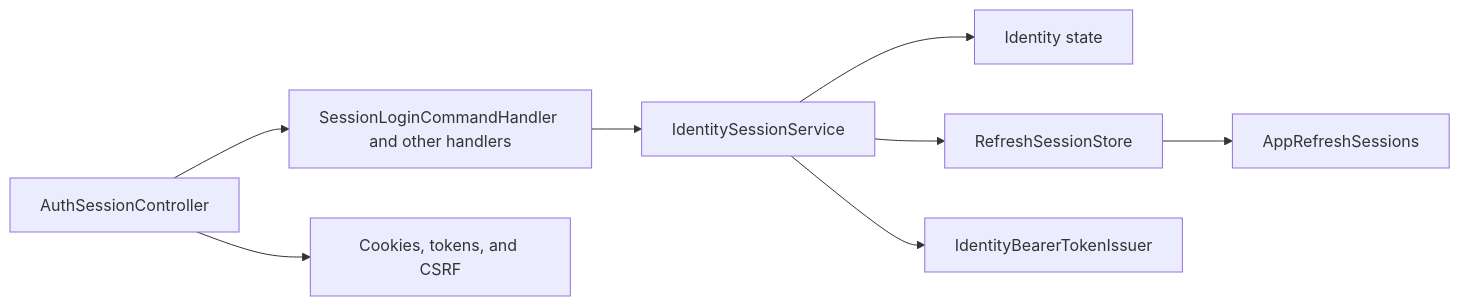
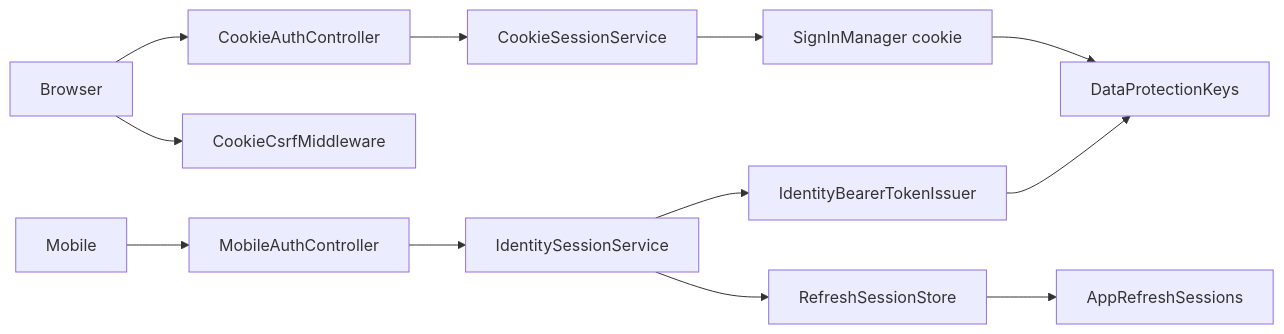
The diagram in docs/sdd/features/identity/session.md (Weretik/KedrStore), drawn with Mermaid before and after one commit. The commit also changed other lines of this file and 98 other files, not shown here.

First line of the commit message:
Add browser and mobile sign-in, staff accounts, admin policies (auth phases B, C)

````diff
--- a/docs/sdd/features/identity/session.md
+++ b/docs/sdd/features/identity/session.md
@@ -32,10 +37,12 @@
 ```mermaid
 flowchart LR
-    A["AuthSessionController"] --> B["SessionLoginCommandHandler and other handlers"]
-    B --> C["IdentitySessionService"]
-    C --> D["Identity state"]
-    C --> F["RefreshSessionStore"]
-    C --> G["IdentityBearerTokenIssuer"]
-    F --> H["AppRefreshSessions"]
-    A --> E["Cookies, tokens, and CSRF"]
+    B["Browser"] --> CA["CookieAuthController"]
+    M["Mobile"] --> MA["MobileAuthController"]
+    B --> CSRF["CookieCsrfMiddleware"]
+    CA --> CS["CookieSessionService"] --> SIM["SignInManager cookie"]
+    MA --> IS["IdentitySessionService"]
+    IS --> TI["IdentityBearerTokenIssuer"]
+    IS --> RS["RefreshSessionStore"] --> T["AppRefreshSessions"]
+    SIM --> DP["DataProtectionKeys"]
+    TI --> DP
 ```
````
